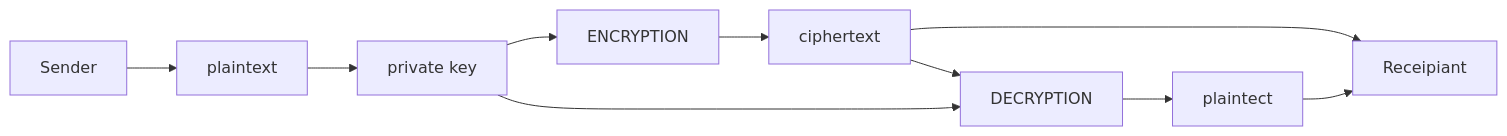
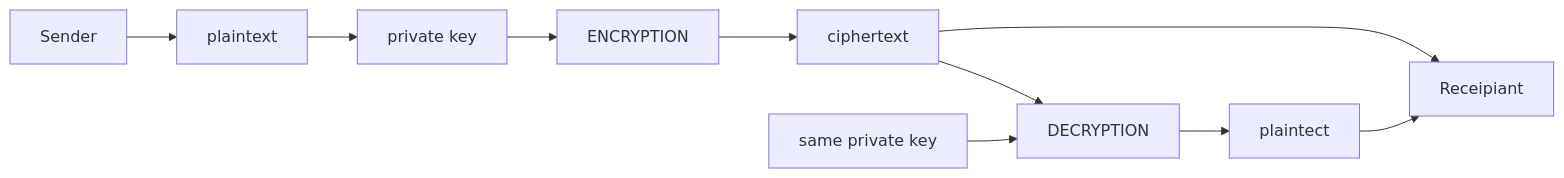
Before and after one commit to Kietpawpan/encryption: the diagram in README.md, drawn with Mermaid.

````diff
--- a/README.md
+++ b/README.md
@@ -5,6 +5,6 @@
 ```mermaid
 flowchart LR
     A[Sender] --> B[plaintext]-->C[private key]-->D[ENCRYPTION]-->E[ciphertext]-->F[Receipiant]
-    C-->G[DECRYPTION]-->I[plaintect]-->F
+    C2[same private key]-->G[DECRYPTION]-->I[plaintect]-->F
      E-->G
 ```
````
